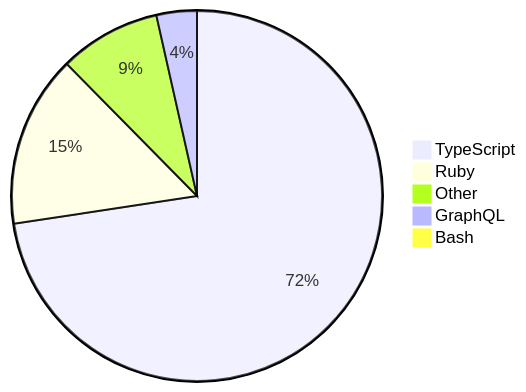
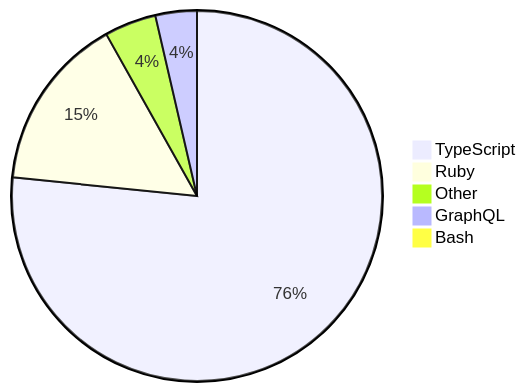
The diagram in README.md (skvggor/skvggor), drawn with Mermaid before and after one commit.

Commit message:
Updated waka-readme graph with new metrics

````diff
--- a/README.md
+++ b/README.md
@@ -16,8 +16,8 @@
 ```mermaid
 pie
-    "TypeScript" : 72.1
-    "Ruby" : 14.9
-    "Other" : 8.8
-    "GraphQL" : 3.5
-    "Bash" : 0.6
+    "TypeScript" : 76.3
+    "Ruby" : 15.2
+    "Other" : 4.5
+    "GraphQL" : 3.6
+    "Bash" : 0.5
 ```
````
